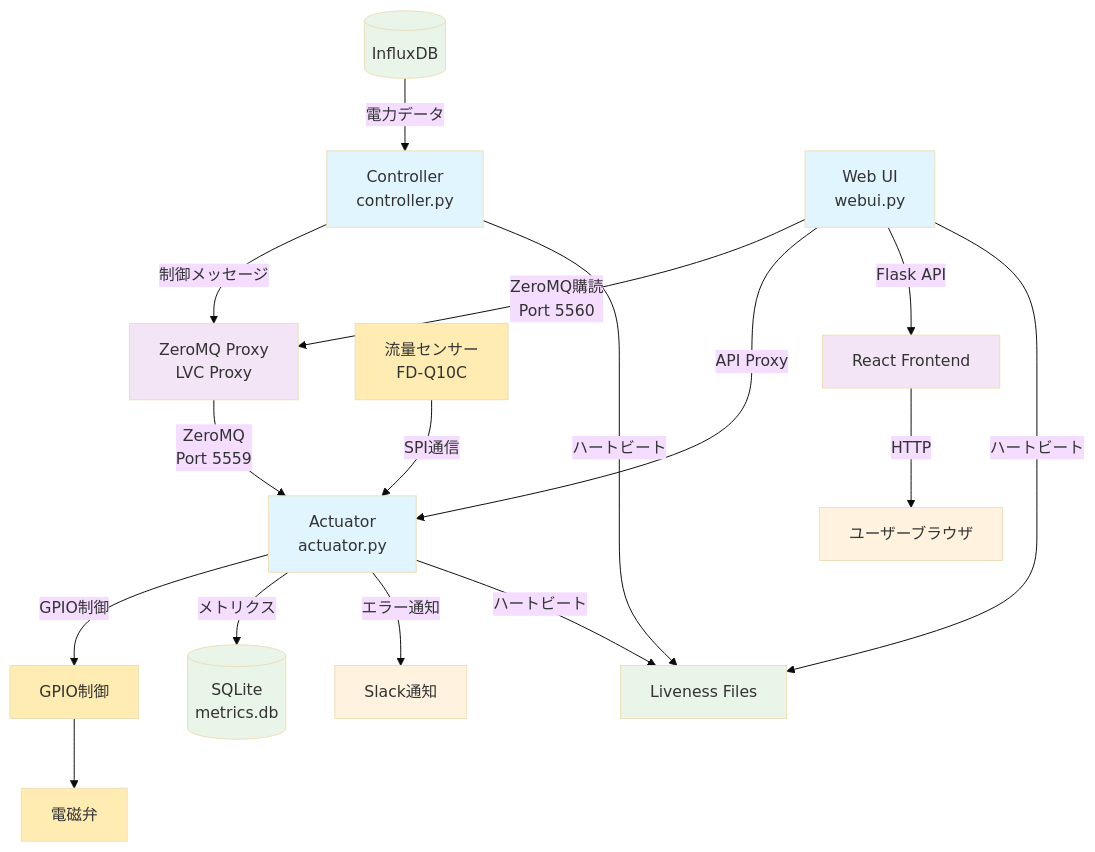
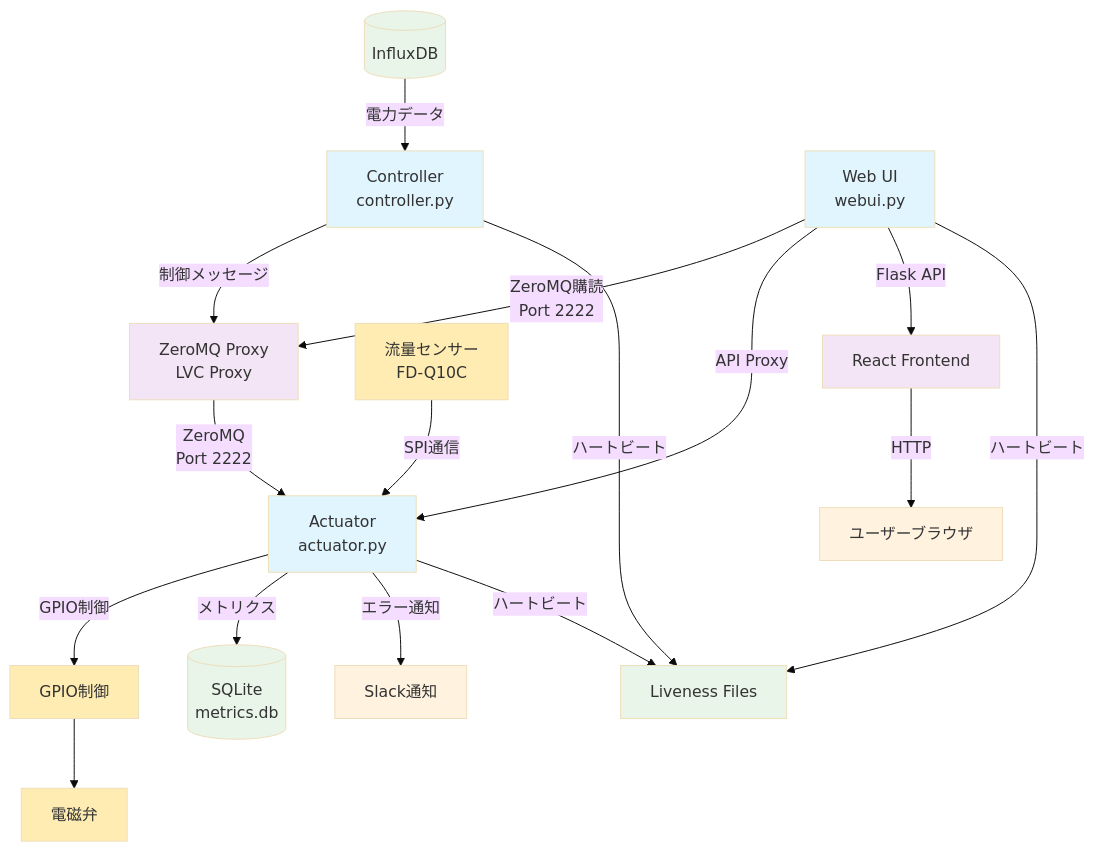
Before and after one commit to kimata/unit-cooler: the first of 3 diagrams in README.md, drawn with Mermaid (base theme). The commit also changed other lines of this file and 1 other file, not shown here.

````diff
--- a/README.md
+++ b/README.md
@@ -68,61 +70,61 @@
 ```mermaid
 graph TB
     %% 外部システム
     InfluxDB[(InfluxDB)]
     Browser[ユーザーブラウザ]
     Slack[Slack通知]
 
     %% 主要コンポーネント
     Controller[Controller<br/>controller.py]
     Actuator[Actuator<br/>actuator.py]
     WebUI[Web UI<br/>webui.py]
 
     %% ZeroMQプロキシ
     Proxy[ZeroMQ Proxy<br/>LVC Proxy]
 
     %% データベース・ファイル
     SQLite[(SQLite<br/>metrics.db)]
     Liveness[Liveness Files]
 
     %% ハードウェア
     GPIO[GPIO制御]
     Valve[電磁弁]
     FlowSensor[流量センサー<br/>FD-Q10C]
 
     %% React Frontend
     React[React Frontend]
 
     %% データフロー（Controller）
     InfluxDB -->|電力データ| Controller
     Controller -->|制御メッセージ| Proxy
     Controller -->|ハートビート| Liveness
 
     %% データフロー（Actuator）
-    Proxy -->|ZeroMQ<br/>Port 5559| Actuator
+    Proxy -->|ZeroMQ<br/>Port 2222| Actuator
     Actuator -->|GPIO制御| GPIO
     GPIO --> Valve
     FlowSensor -->|SPI通信| Actuator
     Actuator -->|メトリクス| SQLite
     Actuator -->|エラー通知| Slack
     Actuator -->|ハートビート| Liveness
 
     %% データフロー（Web UI）
-    WebUI -->|ZeroMQ購読<br/>Port 5560| Proxy
+    WebUI -->|ZeroMQ購読<br/>Port 2222| Proxy
     WebUI -->|API Proxy| Actuator
     WebUI -->|Flask API| React
     React -->|HTTP| Browser
     WebUI -->|ハートビート| Liveness
 
     %% スタイリング
     classDef primary fill:#e1f5fe
     classDef secondary fill:#f3e5f5
     classDef hardware fill:#ffecb3
     classDef database fill:#e8f5e8
     classDef external fill:#fff3e0
 
     class Controller,Actuator,WebUI primary
     class Proxy,React secondary
     class GPIO,Valve,FlowSensor hardware
     class InfluxDB,SQLite,Liveness database
     class Browser,Slack external
 ```
````
